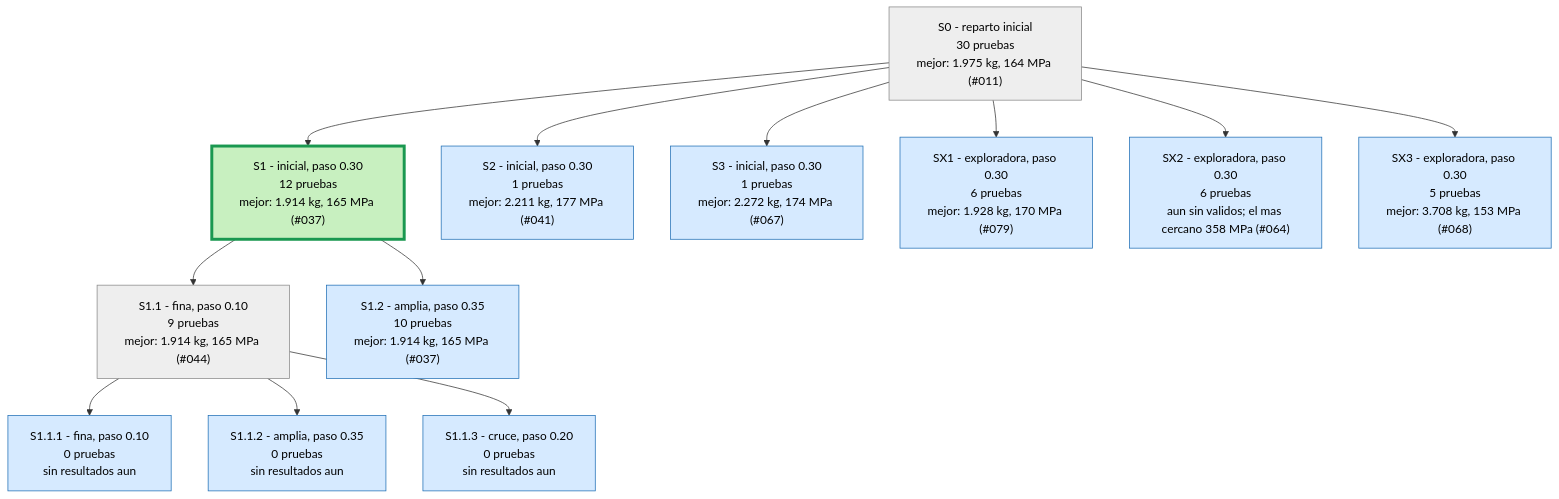
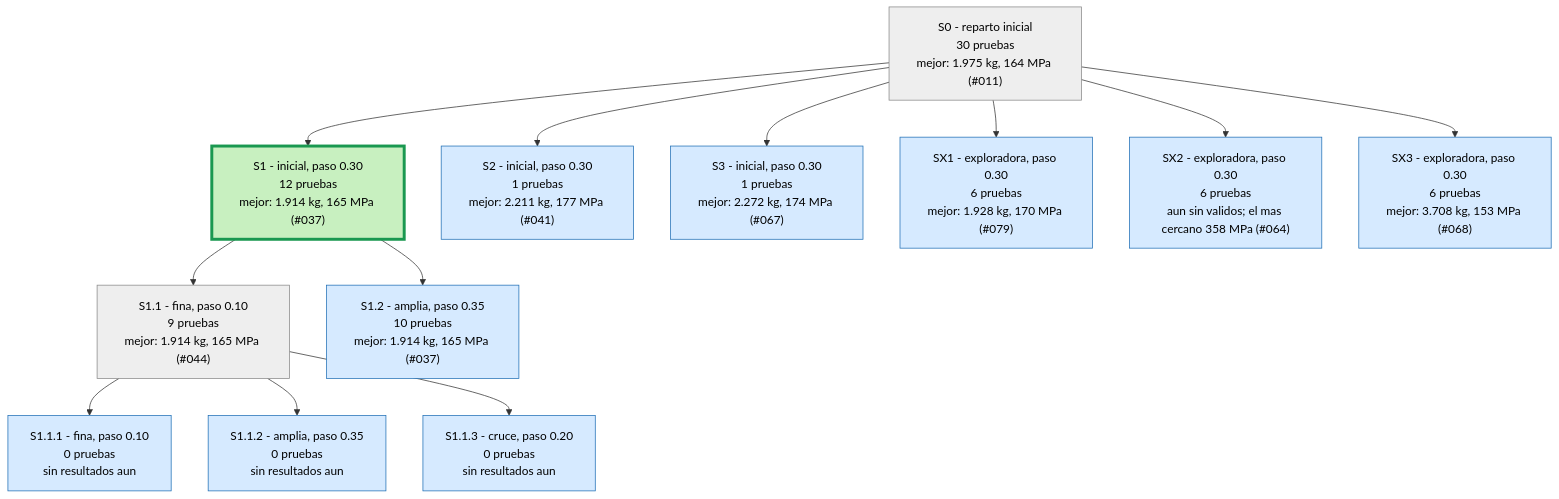
One commit to Hugiko/msd-soporte-optimizacion changed the first of 4 diagrams in runs/opt_37800N/ARBOL.md. Above: the diagram before and after it, drawn with Mermaid. The commit also changed 14 other files, not shown here.

````diff
--- a/runs/opt_37800N/ARBOL.md
+++ b/runs/opt_37800N/ARBOL.md
@@ -9,29 +9,29 @@
 ```mermaid
 graph TD
 classDef activa fill:#d6eaff,stroke:#1f6fb5,color:#000
 classDef fin fill:#eeeeee,stroke:#888,color:#000
 classDef mejor fill:#c8f0c0,stroke:#1a9850,stroke-width:4px,color:#000
 S0["S0 - reparto inicial<br/>30 pruebas<br/>mejor: 1.975 kg, 164 MPa (#011)"]:::fin
 S1["S1 - inicial, paso 0.30<br/>12 pruebas<br/>mejor: 1.914 kg, 165 MPa (#037)"]:::mejor
 S0 --> S1
 S2["S2 - inicial, paso 0.30<br/>1 pruebas<br/>mejor: 2.211 kg, 177 MPa (#041)"]:::activa
 S0 --> S2
 S3["S3 - inicial, paso 0.30<br/>1 pruebas<br/>mejor: 2.272 kg, 174 MPa (#067)"]:::activa
 S0 --> S3
 S1_1["S1.1 - fina, paso 0.10<br/>9 pruebas<br/>mejor: 1.914 kg, 165 MPa (#044)"]:::fin
 S1 --> S1_1
 S1_2["S1.2 - amplia, paso 0.35<br/>10 pruebas<br/>mejor: 1.914 kg, 165 MPa (#037)"]:::activa
 S1 --> S1_2
 S1_1_1["S1.1.1 - fina, paso 0.10<br/>0 pruebas<br/>sin resultados aun"]:::activa
 S1_1 --> S1_1_1
 S1_1_2["S1.1.2 - amplia, paso 0.35<br/>0 pruebas<br/>sin resultados aun"]:::activa
 S1_1 --> S1_1_2
 S1_1_3["S1.1.3 - cruce, paso 0.20<br/>0 pruebas<br/>sin resultados aun"]:::activa
 S1_1 --> S1_1_3
 SX1["SX1 - exploradora, paso 0.30<br/>6 pruebas<br/>mejor: 1.928 kg, 170 MPa (#079)"]:::activa
 S0 --> SX1
 SX2["SX2 - exploradora, paso 0.30<br/>6 pruebas<br/>aun sin validos; el mas cercano 358 MPa (#064)"]:::activa
 S0 --> SX2
-SX3["SX3 - exploradora, paso 0.30<br/>5 pruebas<br/>mejor: 3.708 kg, 153 MPa (#068)"]:::activa
+SX3["SX3 - exploradora, paso 0.30<br/>6 pruebas<br/>mejor: 3.708 kg, 153 MPa (#068)"]:::activa
 S0 --> SX3
 ```
````
